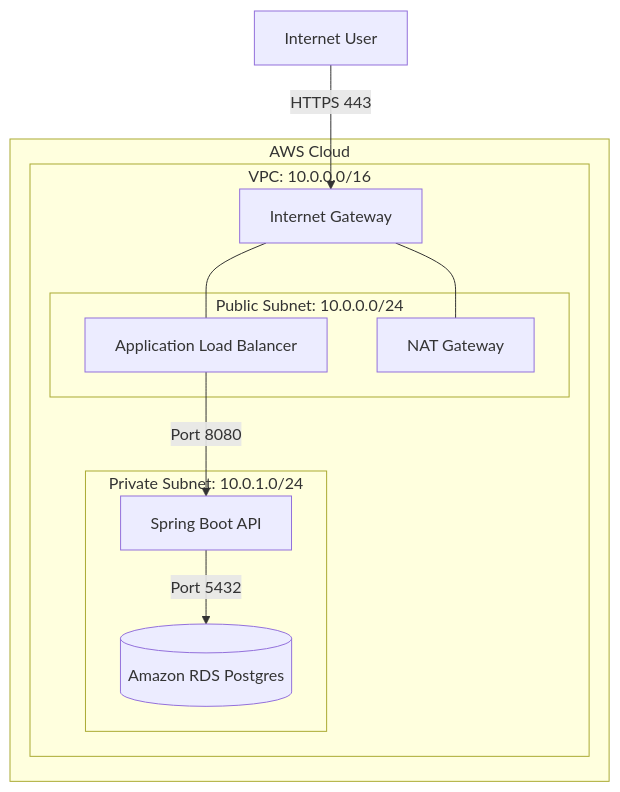
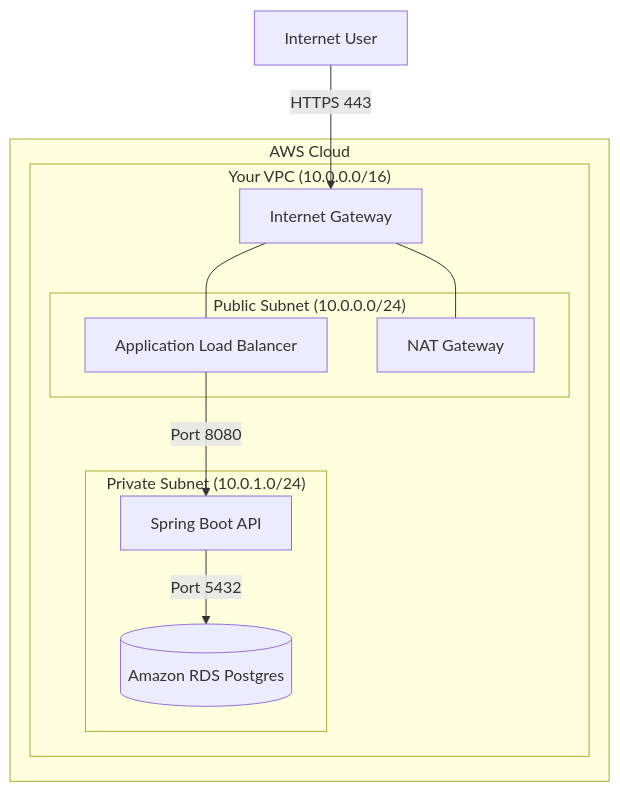
The first of 2 diagrams in content/module2.md (mir-shakir/deploy), drawn with Mermaid before and after one commit. The commit also changed 5 other files, not shown here.

Commit message:
fix: Update mermaid node names to resolve parsing syntax errors

````diff
--- a/content/module2.md
+++ b/content/module2.md
@@ -22,26 +22,26 @@
 ```mermaid
 graph TD
-    subgraph AWS Cloud
-        subgraph Your VPC [VPC: 10.0.0.0/16]
+    subgraph AWS_Cloud ["AWS Cloud"]
+        subgraph VPC ["Your VPC (10.0.0.0/16)"]
             IGW[Internet Gateway]
 
-            subgraph Public Subnet [Public Subnet: 10.0.0.0/24]
+            subgraph Public ["Public Subnet (10.0.0.0/24)"]
                 ALB[Application Load Balancer]
                 NAT[NAT Gateway]
             end
 
-            subgraph Private Subnet [Private Subnet: 10.0.1.0/24]
+            subgraph Private ["Private Subnet (10.0.1.0/24)"]
                 App[Spring Boot API]
                 DB[(Amazon RDS Postgres)]
             end
 
             IGW --- ALB
             IGW --- NAT
 
             ALB -->|Port 8080| App
             App -->|Port 5432| DB
         end
     end
 
     User[Internet User] -->|HTTPS 443| IGW
 ```
````
